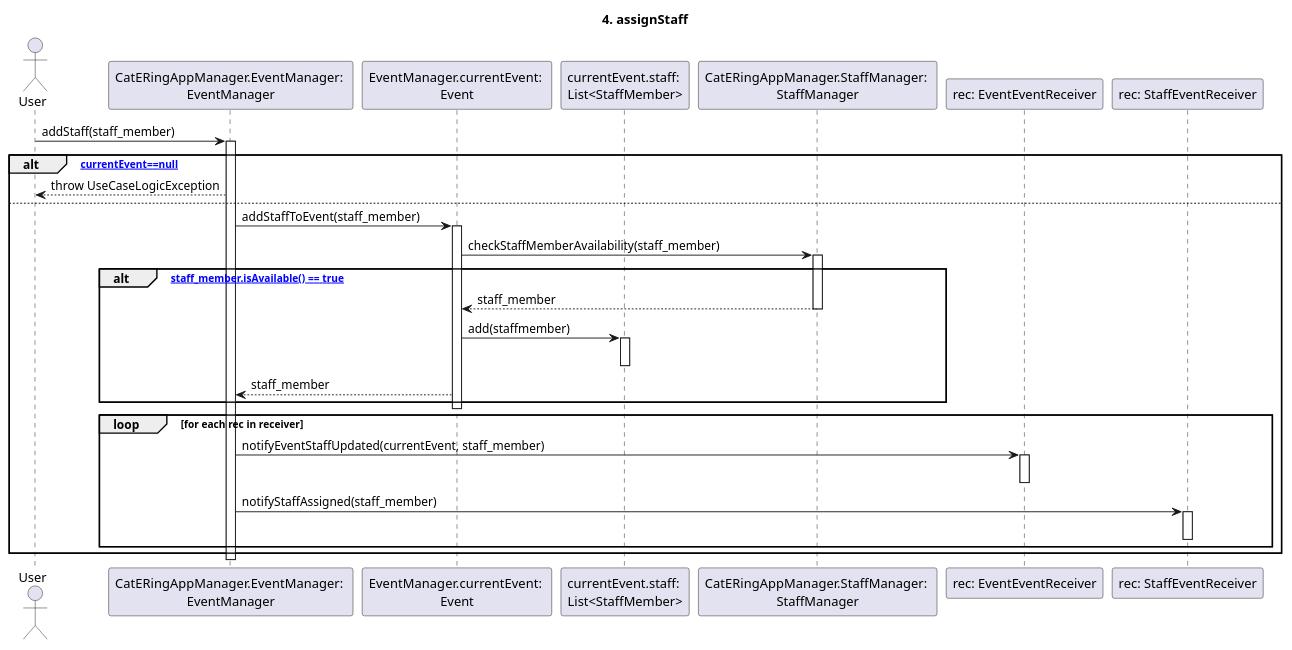
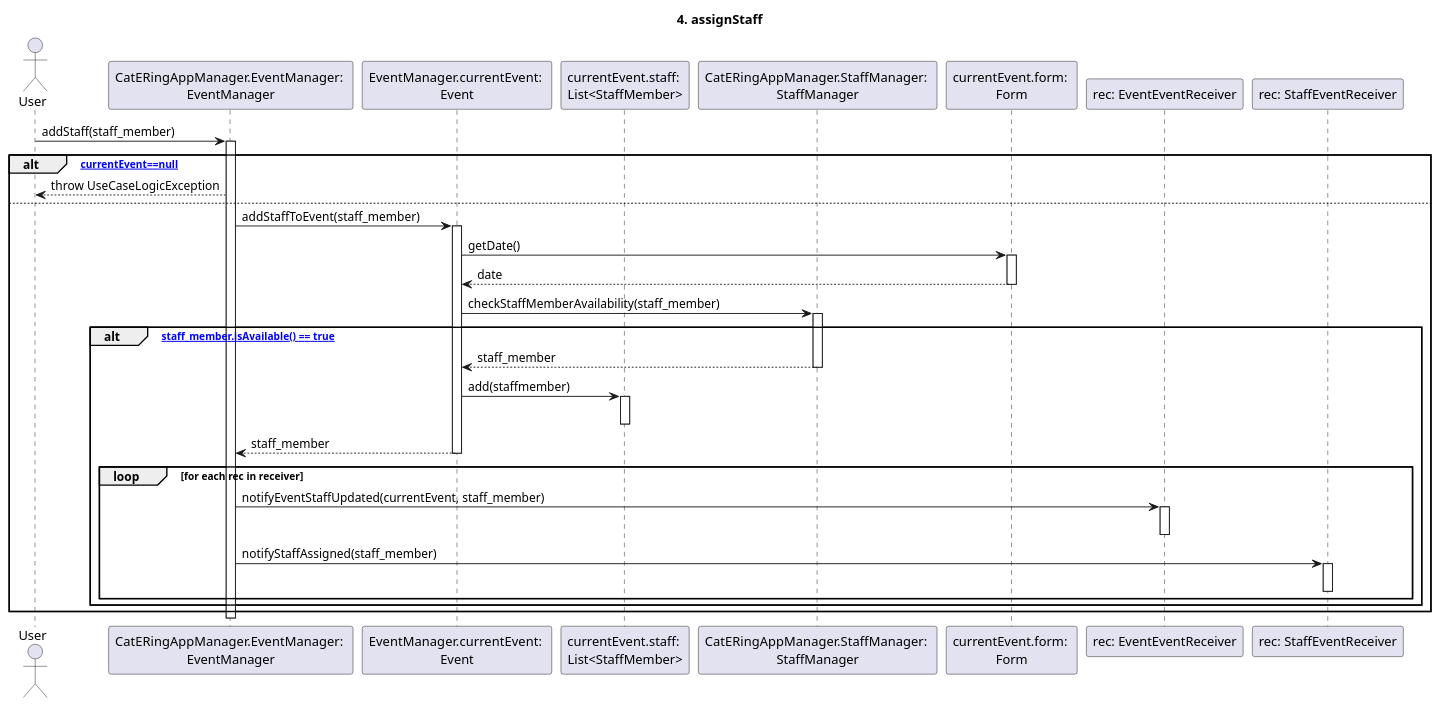
Before and after one commit to m0canu1/sas: the diagram in dsd/dsd-eventi/scenarioPrincipale/4-assignStaff.md, drawn with PlantUML. The commit also changed 3 other files, not shown here.

````diff
--- a/dsd/dsd-eventi/scenarioPrincipale/4-assignStaff.md
+++ b/dsd/dsd-eventi/scenarioPrincipale/4-assignStaff.md
@@ -1,53 +1,54 @@
 ```plantuml
 
 title: 4. assignStaff
 
 Actor User
 Participant "CatERingAppManager.EventManager: \nEventManager" as EM
 Participant "EventManager.currentEvent: \nEvent" as CE
 Participant "currentEvent.staff: \nList<StaffMember>" as SL
 Participant "CatERingAppManager.StaffManager: \nStaffManager" as SM
-
+Participant "currentEvent.form: \nForm" as F
 
 Participant "rec: EventEventReceiver" as EER
 Participant "rec: StaffEventReceiver" as SER
 
 User -> EM: addStaff(staff_member)
 Activate EM
 
 alt [currentEvent==null]
     EM --> User: throw UseCaseLogicException
 else
     EM -> CE: addStaffToEvent(staff_member)
     Activate CE
+        CE -> F: getDate()
+        Activate F
+        F --> CE: date
+        Deactivate F
         CE -> SM: checkStaffMemberAvailability(staff_member)
         Activate SM
         alt ["staff_member.isAvailable() == true"]
             SM --> CE: staff_member
             Deactivate SM
             CE -> SL: add(staffmember)
             Activate SL
             Deactivate SL
             CE --> EM: staff_member
             
+        Deactivate CE
+
+        loop for each rec in receiver
+            EM -> EER: notifyEventStaffUpdated(currentEvent, staff_member)
+            Activate EER
+            Deactivate EER
+            EM -> SER: notifyStaffAssigned(staff_member)
+            Activate SER
+            Deactivate SER
         end
-           
-
-       
-    Deactivate CE
-
-    loop for each rec in receiver
-        EM -> EER: notifyEventStaffUpdated(currentEvent, staff_member)
-        Activate EER
-        Deactivate EER
-        EM -> SER: notifyStaffAssigned(staff_member)
-        Activate SER
-        Deactivate SER
-    end
+        end
     
 end
 Deactivate EM
 
 
 
 ```
````
